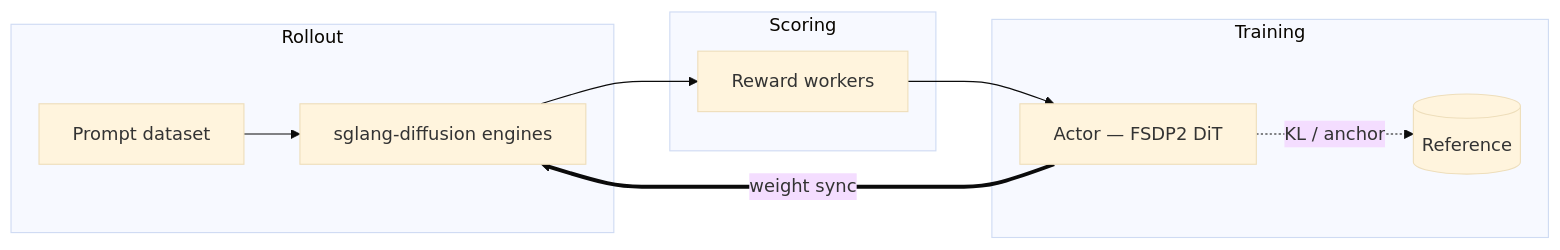
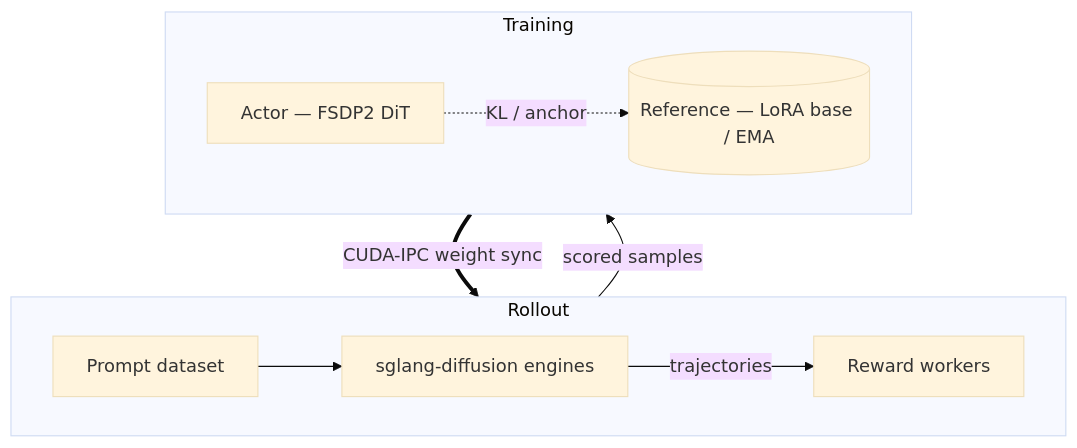
The diagram in docs/user-guide/concepts.md (Rockdu/miles_diffusion), drawn with Mermaid (base theme) before and after one commit. The commit also changed other lines of this file, not shown here.

Commit message:
docs(concepts): center weight sync in the loop diagram; spell out how the reference is realized

````diff
--- a/docs/user-guide/concepts.md
+++ b/docs/user-guide/concepts.md
@@ -11,14 +11,14 @@
 ```mermaid
-flowchart LR
-    subgraph Rollout
-      P[Prompt dataset] --> R[sglang-diffusion engines]
+flowchart TB
+    subgraph rollout [Rollout]
+        direction LR
+        P[Prompt dataset] --> R[sglang-diffusion engines]
+        R -- trajectories --> RM[Reward workers]
     end
-    subgraph Scoring
-      R --> RM[Reward workers]
+    subgraph training [Training]
+        direction LR
+        A[Actor — FSDP2 DiT] -. KL / anchor .-> RF[(Reference — LoRA base / EMA)]
     end
-    subgraph Training
-      RM --> A[Actor — FSDP2 DiT]
-      A -. KL / anchor .-> RF[(Reference)]
-    end
-    A == weight sync ==> R
+    RM -- scored samples --> A
+    A == CUDA-IPC weight sync ==> R
 ```
````
